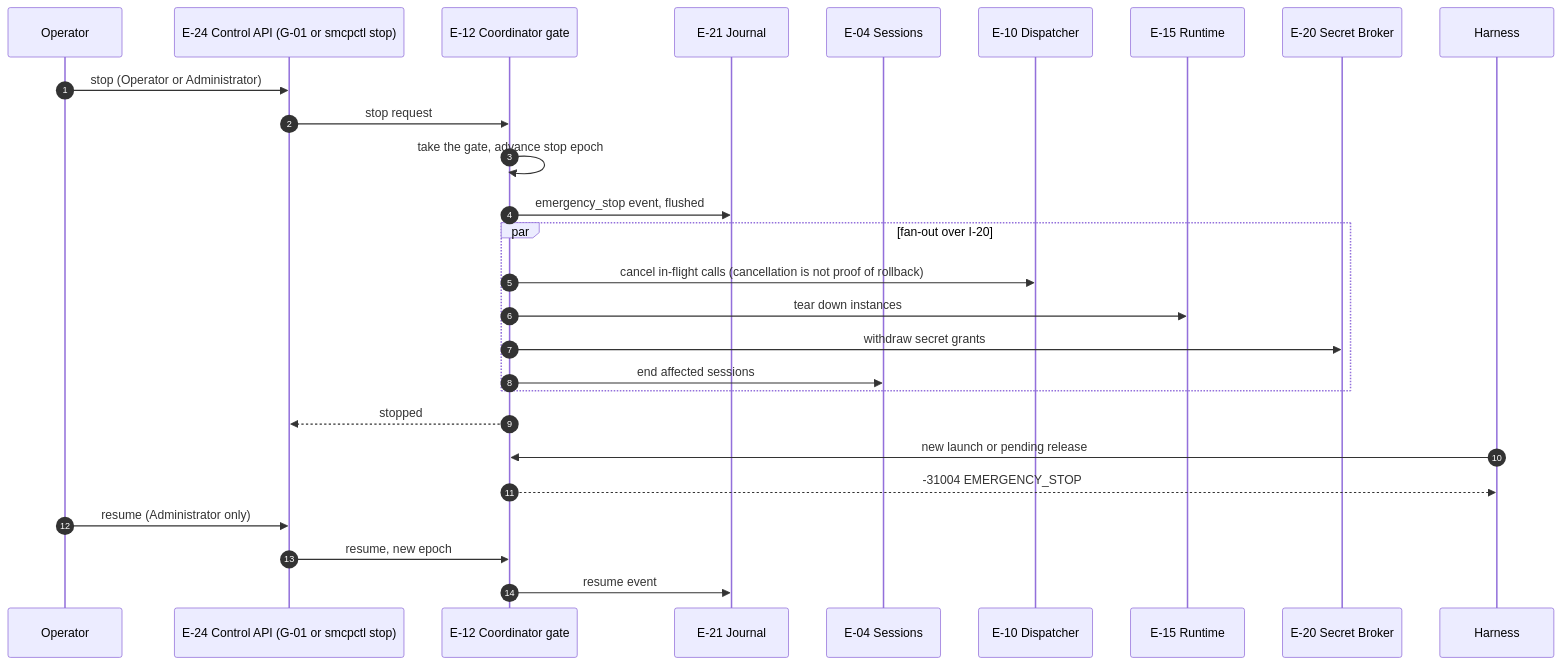
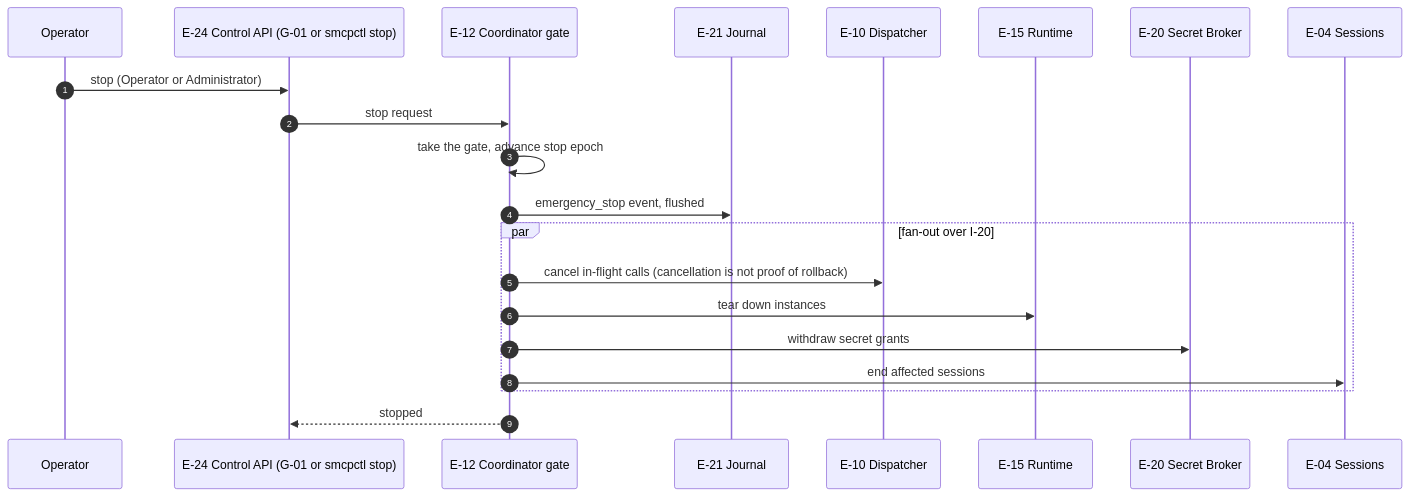
Before and after one commit to ethan03805/Secure-MCP-Gateway: the first of 2 diagrams in docs/flows/emergency-stop.md, drawn with Mermaid. The commit also changed other lines of this file and 18 other files, not shown here.

First line of the commit message:
Site diagrams fit their page: responsive Mermaid, re-laid-out diagrams, diagram check in CI (#95)

````diff
--- a/docs/flows/emergency-stop.md
+++ b/docs/flows/emergency-stop.md
@@ -5,30 +9,24 @@
 ```mermaid
 sequenceDiagram
   autonumber
   participant O as Operator
   participant E24 as E-24 Control API (G-01 or smcpctl stop)
   participant E12 as E-12 Coordinator gate
   participant E21 as E-21 Journal
-  participant E04 as E-04 Sessions
   participant E10 as E-10 Dispatcher
   participant E15 as E-15 Runtime
   participant E20 as E-20 Secret Broker
-  participant H as Harness
+  participant E04 as E-04 Sessions
 
   O->>E24: stop (Operator or Administrator)
   E24->>E12: stop request
   E12->>E12: take the gate, advance stop epoch
   E12->>E21: emergency_stop event, flushed
   par fan-out over I-20
     E12->>E10: cancel in-flight calls (cancellation is not proof of rollback)
     E12->>E15: tear down instances
     E12->>E20: withdraw secret grants
     E12->>E04: end affected sessions
   end
   E12-->>E24: stopped
-  H->>E12: new launch or pending release
-  E12-->>H: -31004 EMERGENCY_STOP
-  O->>E24: resume (Administrator only)
-  E24->>E12: resume, new epoch
-  E12->>E21: resume event
 ```
````
